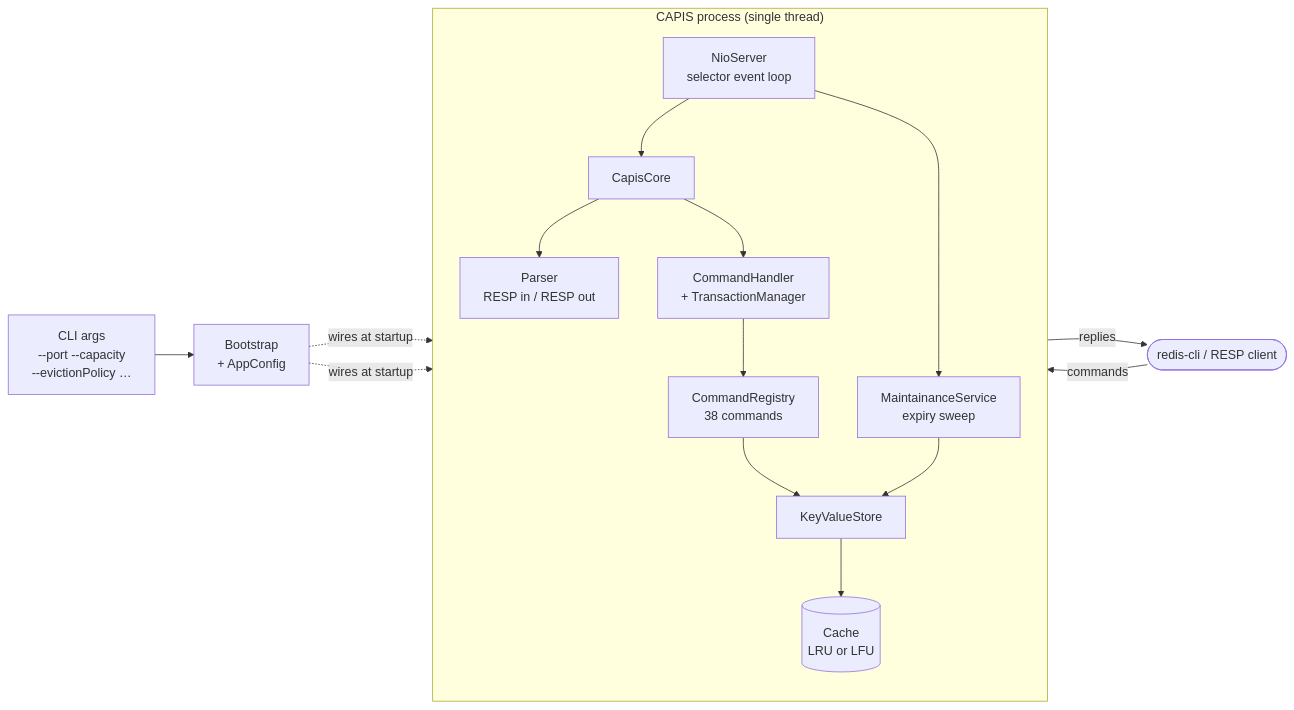
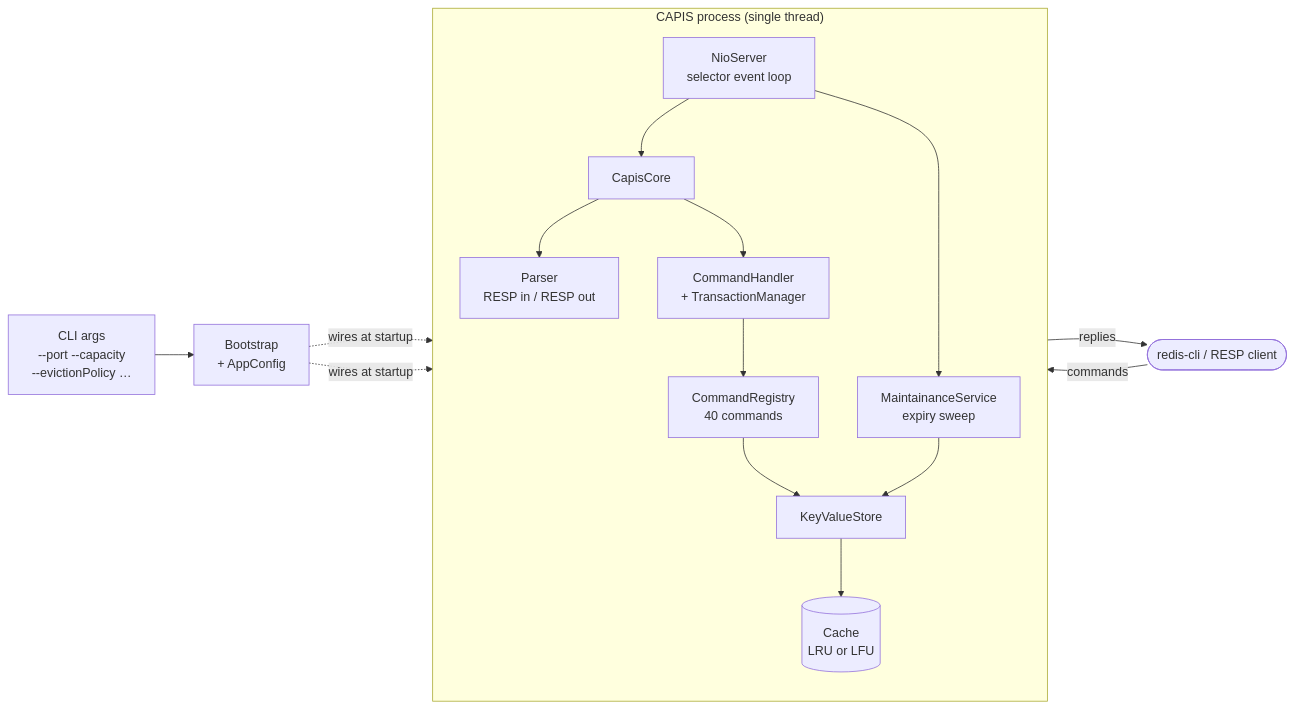
One commit to MrD0511/capis changed the first of 2 diagrams in README.md. Above: the diagram before and after it, drawn with Mermaid. The commit also changed other lines of this file and 23 other files, not shown here.

````diff
--- a/README.md
+++ b/README.md
@@ -444,32 +454,32 @@
 ```mermaid
 flowchart LR
     Client([redis-cli / RESP client])
     CLI["CLI args<br/>--port --capacity<br/>--evictionPolicy …"]
 
     subgraph CAPIS["CAPIS process (single thread)"]
         direction TB
         Server["NioServer<br/>selector event loop"]
         Maint["MaintainanceService<br/>expiry sweep"]
         Parser["Parser<br/>RESP in / RESP out"]
         Core["CapisCore"]
         Handler["CommandHandler<br/>+ TransactionManager"]
-        Registry["CommandRegistry<br/>38 commands"]
+		Registry["CommandRegistry<br/>40 commands"]
         Store["KeyValueStore"]
         Cache[("Cache<br/>LRU or LFU")]
     end
 
     CLI --> Bootstrap["Bootstrap<br/>+ AppConfig"]
     Bootstrap -. wires at startup .-> Server
     Bootstrap -. wires at startup .-> Store
 
     Client -->|commands| Server
     Server --> Core
     Server --> Maint
     Maint --> Store
     Core --> Parser
     Core --> Handler
     Handler --> Registry
     Registry --> Store
     Store --> Cache
     Server -->|replies| Client
 ```
````
